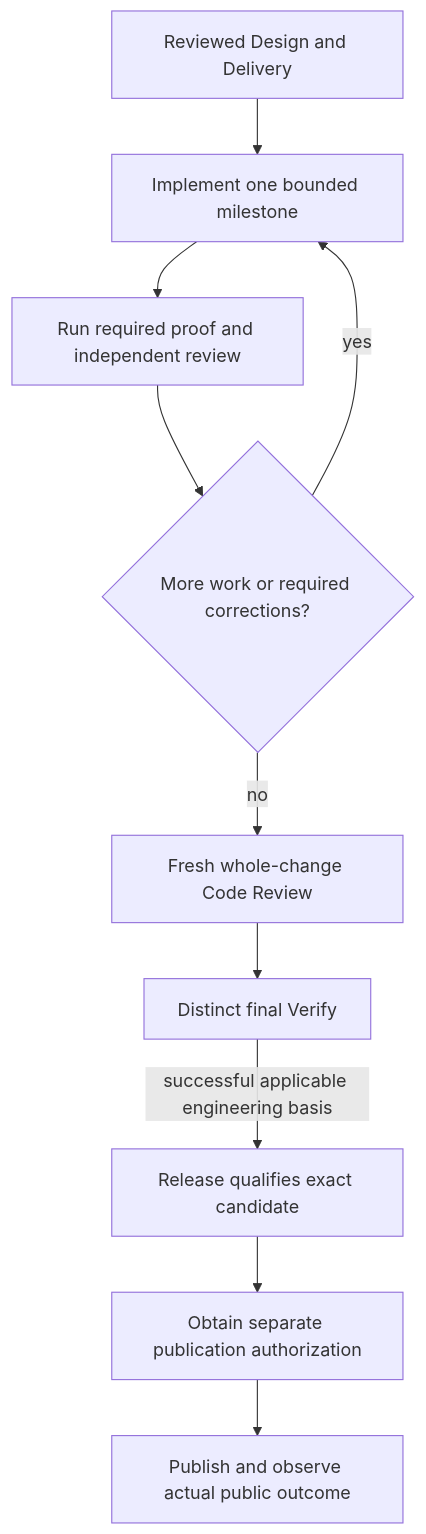
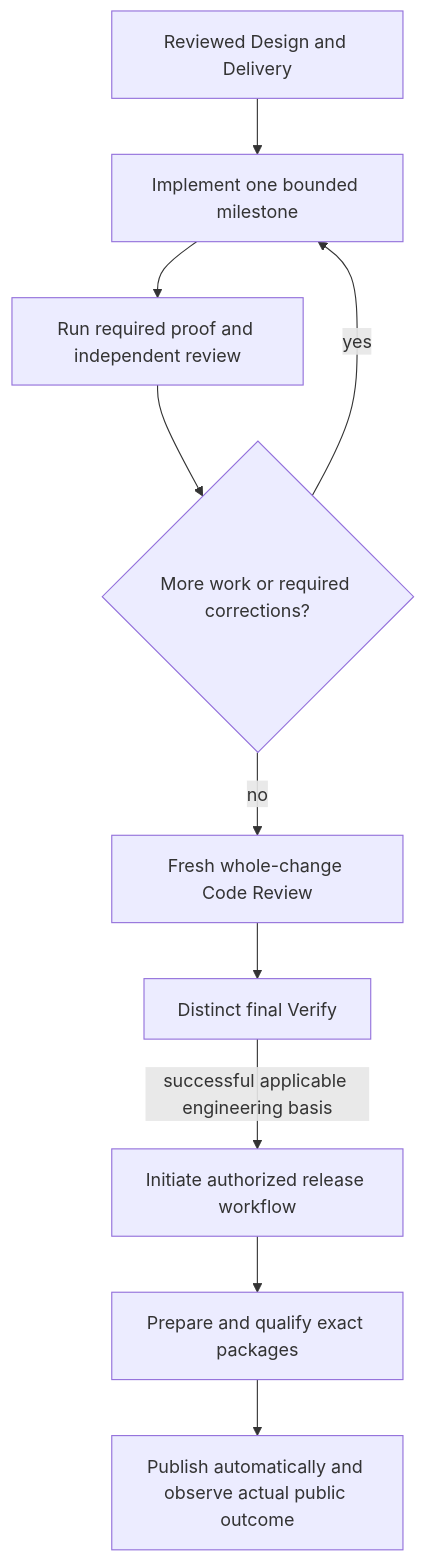
Before and after one commit to xiongxianfei/rigorloop: the fourth of 7 diagrams in design/support/development.md, drawn with Mermaid. The commit also changed other lines of this file and 108 other files, not shown here.

Commit message:
Publish qualified releases from authorized workflow starts (#207)

````diff
--- a/design/support/development.md
+++ b/design/support/development.md
@@ -113,12 +113,12 @@
 ```mermaid
 flowchart TB
     Intent["Reviewed Design and Delivery"] --> Implement["Implement one bounded milestone"]
     Implement --> Proof["Run required proof and independent review"]
     Proof --> More{"More work or required corrections?"}
     More -->|"yes"| Implement
     More -->|"no"| Whole["Fresh whole-change Code Review"]
     Whole --> Verify["Distinct final Verify"]
-    Verify -->|"successful applicable engineering basis"| Release["Release qualifies exact candidate"]
-    Release --> Authorize["Obtain separate publication authorization"]
-    Authorize --> Publish["Publish and observe actual public outcome"]
+    Verify -->|"successful applicable engineering basis"| Authorize["Initiate authorized release workflow"]
+    Authorize --> Release["Prepare and qualify exact packages"]
+    Release --> Publish["Publish automatically and observe actual public outcome"]
 ```
````
